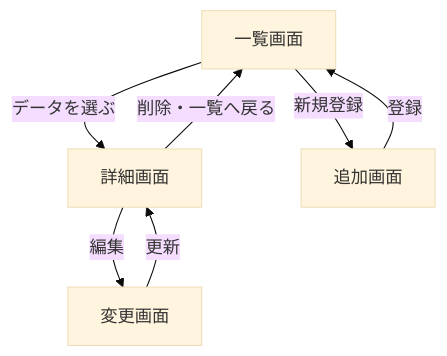
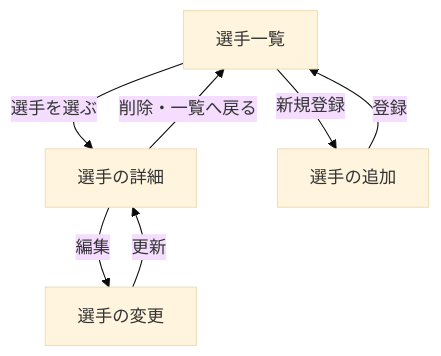
Before and after one commit to Mochi17-bot/webpro_06: the first of 3 diagrams in report-plan.md, drawn with Mermaid (base theme). The commit also changed other lines of this file, not shown here.

Commit message:
各アプリの画面遷移図を作成

````diff
--- a/report-plan.md
+++ b/report-plan.md
@@ -9,9 +14,9 @@
 ```mermaid
 flowchart TD
-    A[一覧画面] -->|データを選ぶ| B[詳細画面]
-    A -->|新規登録| C[追加画面]
+    A[選手一覧] -->|選手を選ぶ| B[選手の詳細]
+    A -->|新規登録| C[選手の追加]
     C -->|登録| A
-    B -->|編集| D[変更画面]
+    B -->|編集| D[選手の変更]
     D -->|更新| B
     B -->|削除・一覧へ戻る| A
 ```
````
